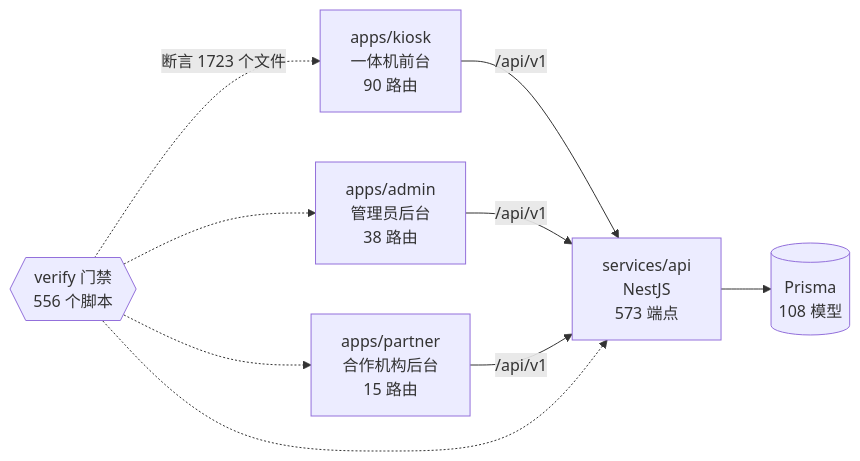
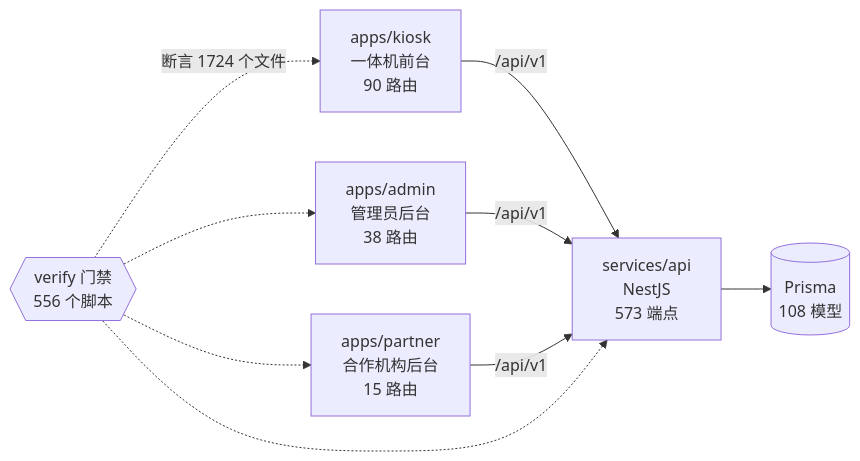
Before and after one commit to wanglei581/YITIJI: the diagram in docs/graph/README.md, drawn with Mermaid. The commit also changed other lines of this file and 19 other files, not shown here.

````diff
--- a/docs/graph/README.md
+++ b/docs/graph/README.md
@@ -68,18 +68,18 @@
 ```mermaid
 flowchart LR
   kiosk["apps/kiosk<br/>一体机前台<br/>90 路由"]
   admin["apps/admin<br/>管理员后台<br/>38 路由"]
   partner["apps/partner<br/>合作机构后台<br/>15 路由"]
   api["services/api<br/>NestJS<br/>573 端点"]
   db[("Prisma<br/>108 模型")]
   gates{{"verify 门禁<br/>556 个脚本"}}
 
   kiosk -->|"/api/v1"| api
   admin -->|"/api/v1"| api
   partner -->|"/api/v1"| api
   api --> db
-  gates -.->|"断言 1723 个文件"| kiosk
+  gates -.->|"断言 1724 个文件"| kiosk
   gates -.-> admin
   gates -.-> partner
   gates -.-> api
 ```
````
